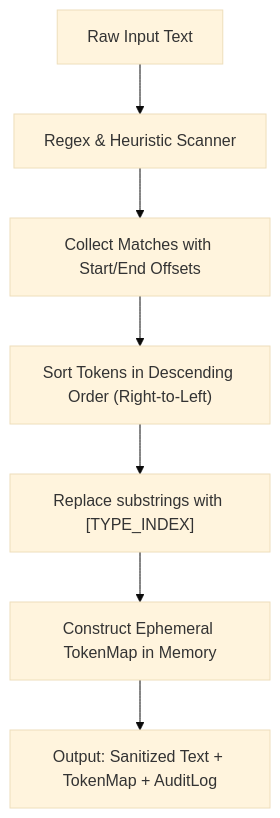
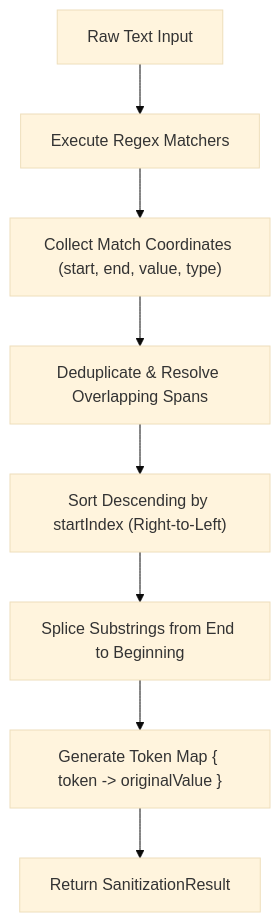
One commit to lukasmatusiewicz/OSCAR changed the diagram in docs/spec/privacy-guard-spec.md. Above: the diagram before and after it, drawn with Mermaid (base theme). The commit also changed other lines of this file and 5 other files, not shown here.

Commit message:
docs: initialize core architectural specifications, data contracts, and agent governance

````diff
--- a/docs/spec/privacy-guard-spec.md
+++ b/docs/spec/privacy-guard-spec.md
@@ -25,9 +36,10 @@
 ```mermaid
 flowchart TD
-    Raw["Raw Input Text"] --> Match["Regex & Heuristic Scanner"]
-    Match --> Coll["Collect Matches with Start/End Offsets"]
-    Coll --> Sort["Sort Tokens in Descending Order (Right-to-Left)"]
-    Sort --> Replace["Replace substrings with [TYPE_INDEX]"]
-    Replace --> Map["Construct Ephemeral TokenMap in Memory"]
-    Map --> Out["Output: Sanitized Text + TokenMap + AuditLog"]
+    Raw["Raw Text Input"] --> Scan["Execute Regex Matchers"]
+    Scan --> Collect["Collect Match Coordinates (start, end, value, type)"]
+    Collect --> Dedupe["Deduplicate & Resolve Overlapping Spans"]
+    Dedupe --> Sort["Sort Descending by startIndex (Right-to-Left)"]
+    Sort --> Replace["Splice Substrings from End to Beginning"]
+    Replace --> TokenMap["Generate Token Map { token -> originalValue }"]
+    TokenMap --> Result["Return SanitizationResult"]
 ```
````
